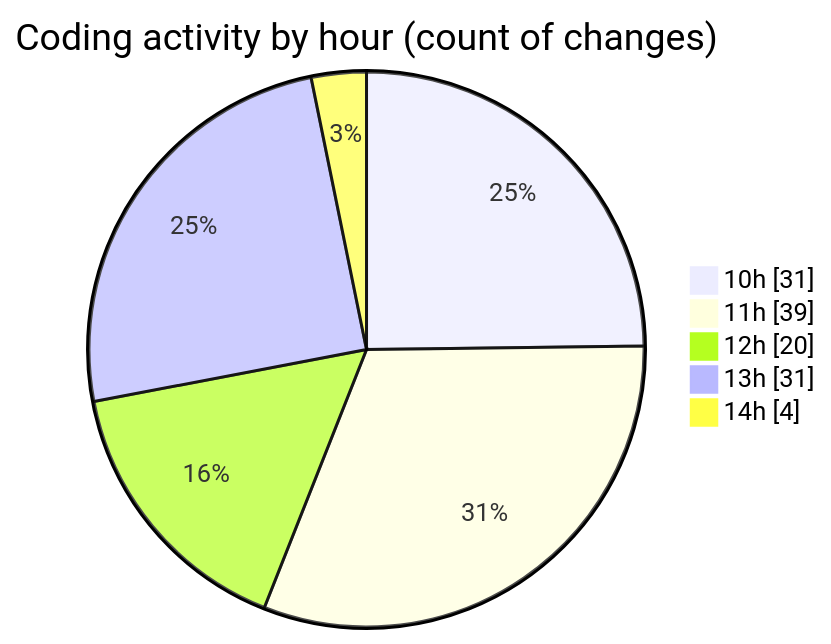
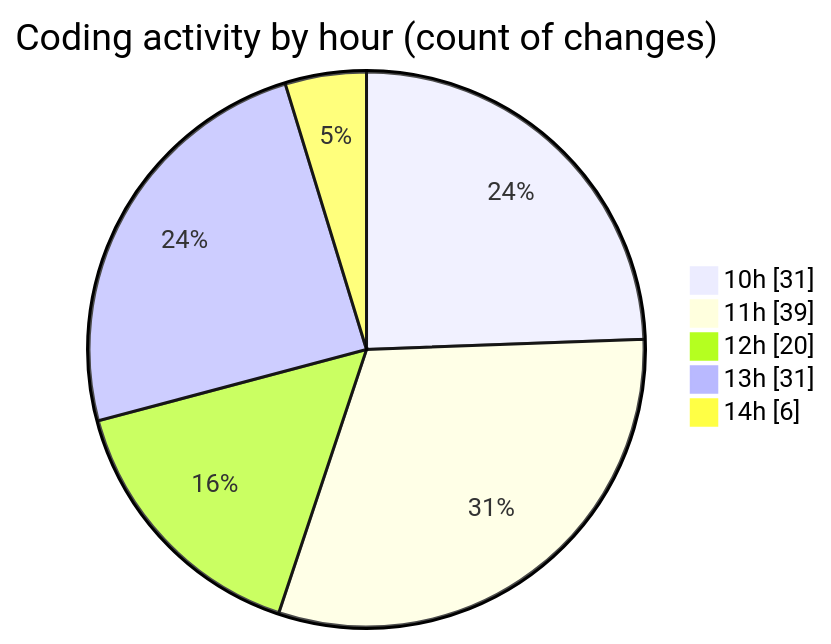
The second of 2 diagrams in 2026-03-25/cda/README.md (momahboobian/code-tracking), drawn with Mermaid before and after one commit. The commit also changed other lines of this file and 1 other file, not shown here.

````diff
--- a/2026-03-25/cda/README.md
+++ b/2026-03-25/cda/README.md
@@ -34,9 +34,9 @@
 ```mermaid
 pie showData
 title Coding activity by hour (count of changes)
 "10h" : 31
 "11h" : 39
 "12h" : 20
 "13h" : 31
-"14h" : 4
+"14h" : 6
 ```
````
